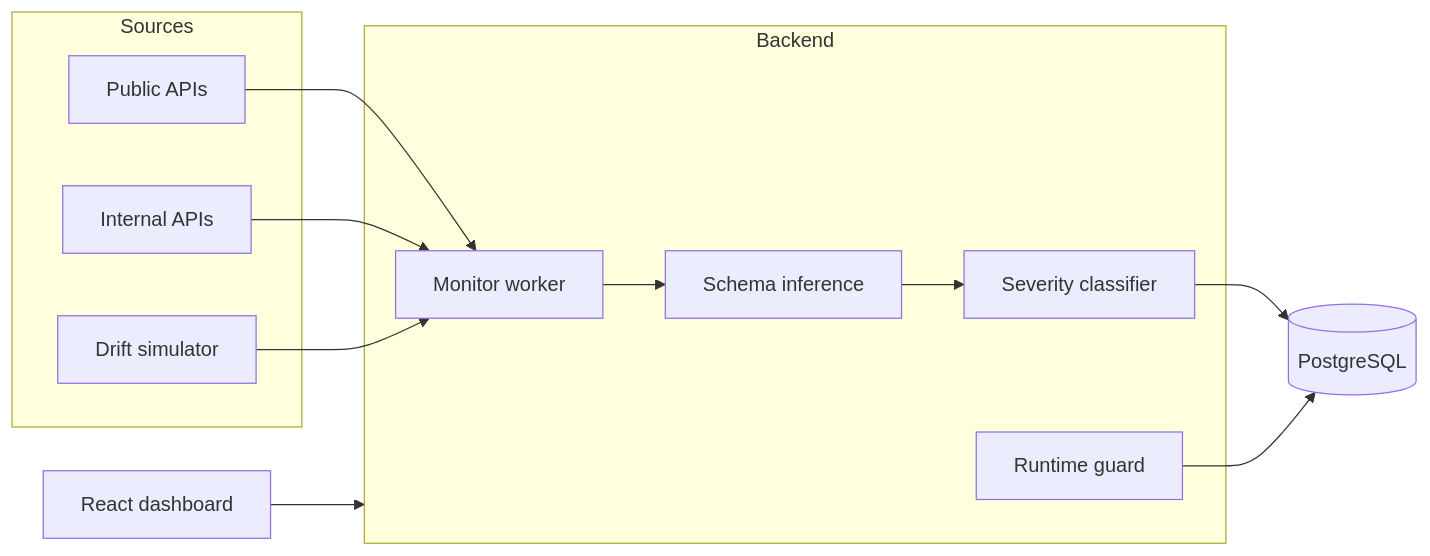
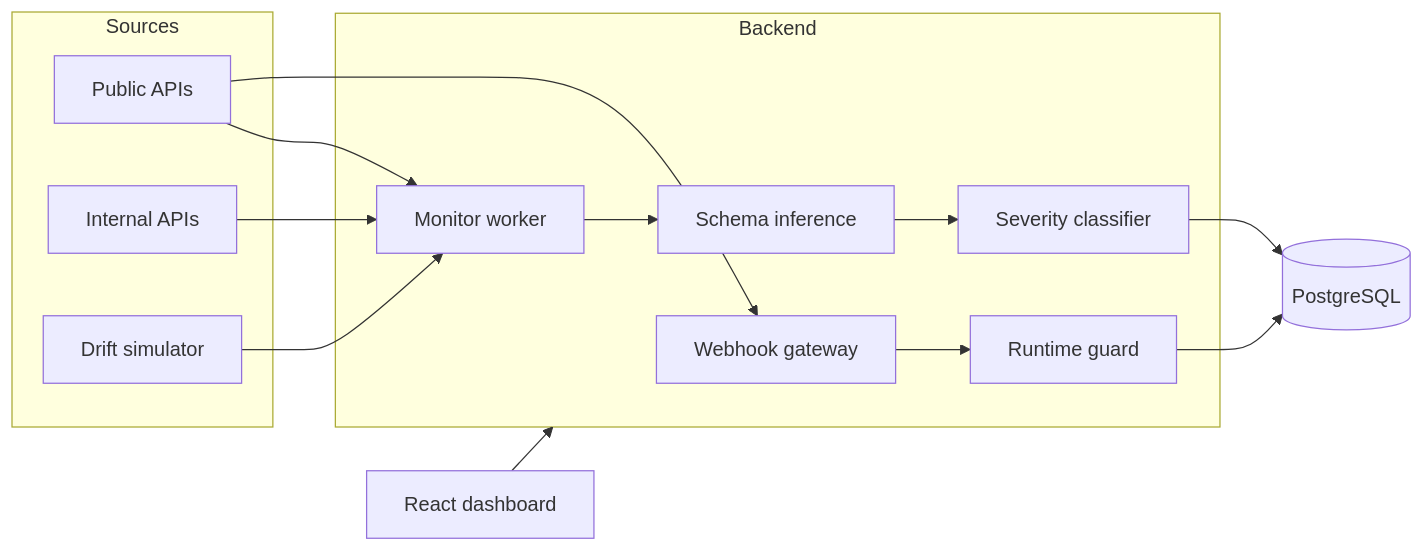
The diagram in README.md (sushildalavi/SchemaPilot-API-Contract-Drift-Monitor), drawn with Mermaid before and after one commit. The commit also changed other lines of this file and 2 other files, not shown here.

````diff
--- a/README.md
+++ b/README.md
@@ -26,25 +27,27 @@
 ```mermaid
 flowchart LR
   subgraph Sources
     A[Public APIs]
     B[Internal APIs]
     C[Drift simulator]
   end
 
   subgraph Backend
+    G1[Webhook gateway]
     M1[Monitor worker]
     M2[Schema inference]
     M3[Severity classifier]
     M4[Runtime guard]
   end
 
   DB[(PostgreSQL)]
   FE[React dashboard]
 
   A --> M1
   B --> M1
   C --> M1
+  A --> G1 --> M4
   M1 --> M2 --> M3 --> DB
   M4 --> DB
   FE --> Backend
 ```
````
